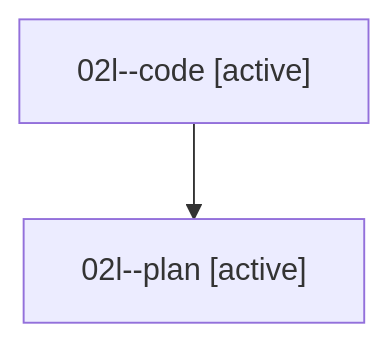
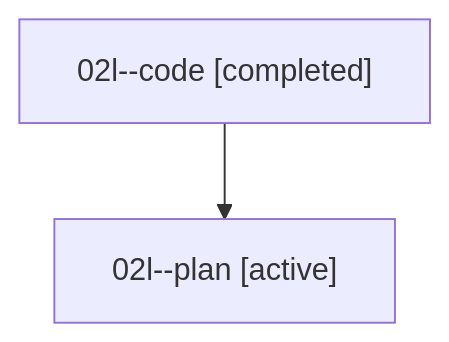
The diagram in families/bbugyi200.athena.02l.md (sase-org/sase--agents), drawn with Mermaid before and after one commit. The commit also changed other lines of this file and 35830 other files, not shown here.

````diff
--- a/families/bbugyi200.athena.02l.md
+++ b/families/bbugyi200.athena.02l.md
@@ -9,6 +9,6 @@
 ```mermaid
 flowchart TD
-  n0["02l--code [active]"]
+  n0["02l--code [completed]"]
   n1["02l--plan [active]"]
   n0 --> n1
 ```
````
